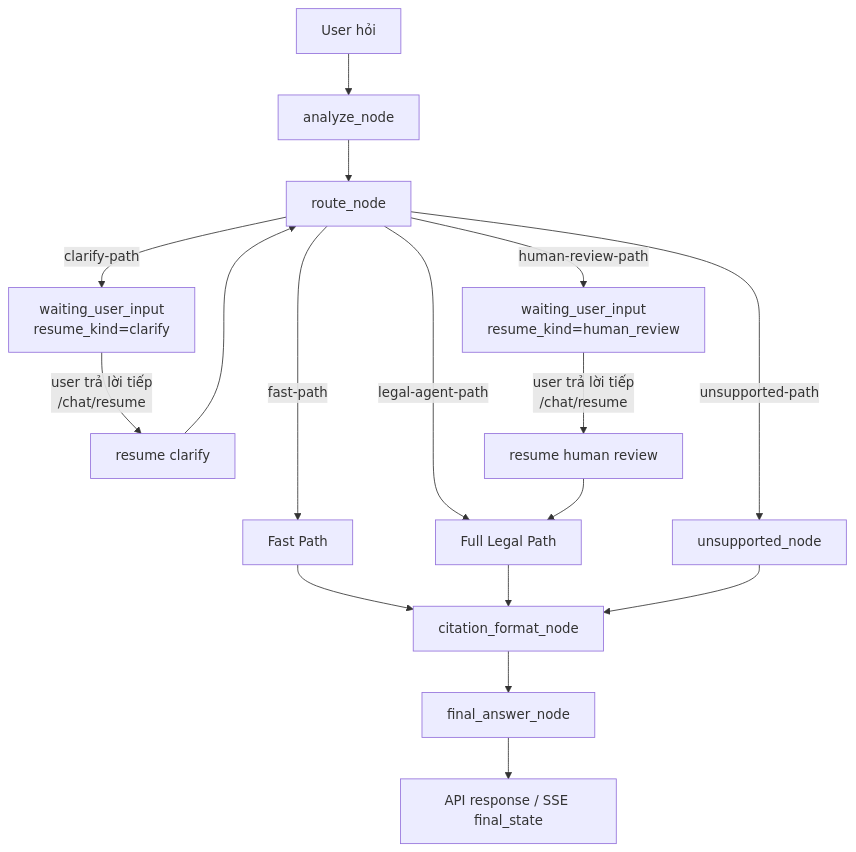
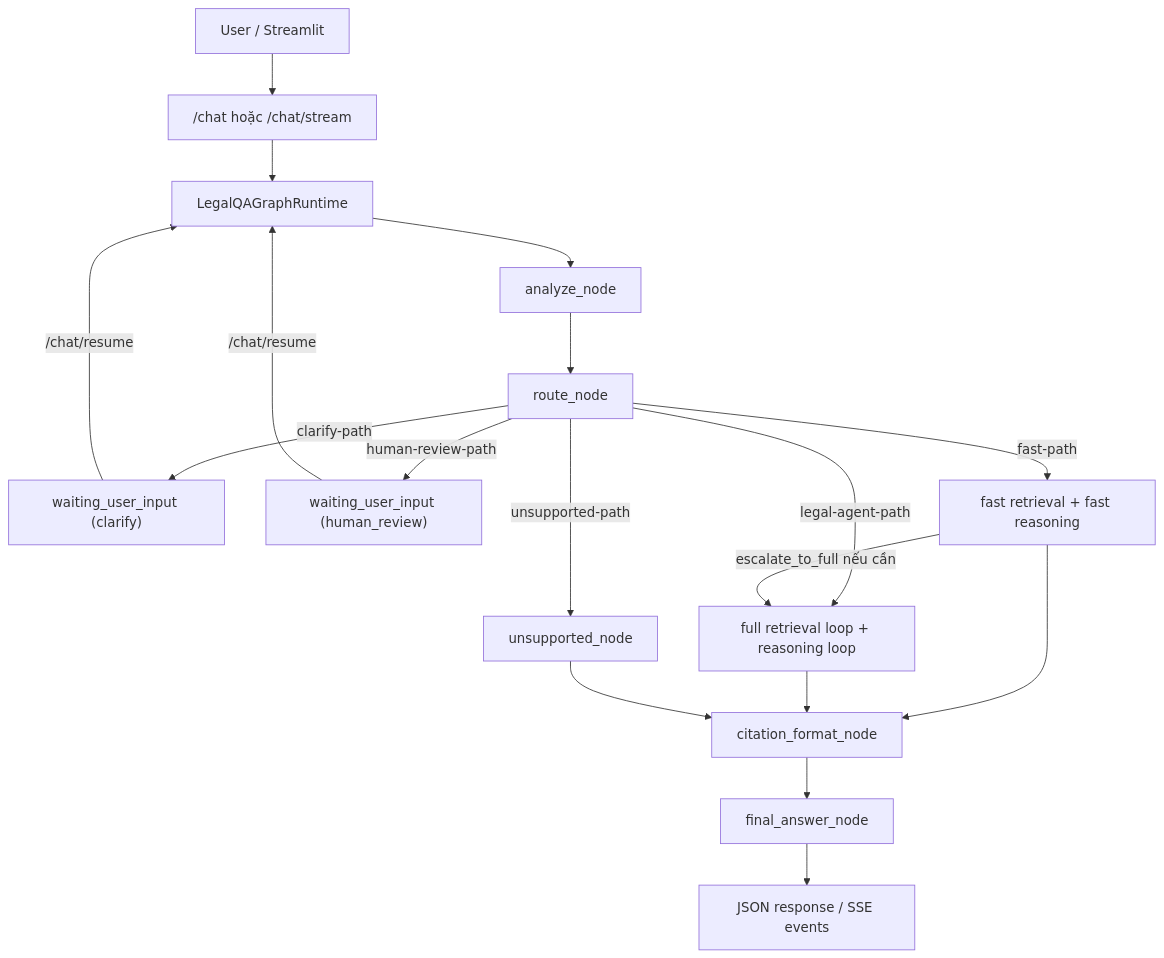
The diagram in README.md (Duonghbtt/chatbot-phap-luat-rag), drawn with Mermaid before and after one commit. The commit also changed other lines of this file, not shown here.

````diff
--- a/README.md
+++ b/README.md
@@ -44,23 +33,23 @@
 ```mermaid
 flowchart TD
-    A["User hỏi"] --> B["analyze_node"]
-    B --> C["route_node"]
+    A["User / Streamlit"] --> B["/chat hoặc /chat/stream"]
+    B --> C["LegalQAGraphRuntime"]
+    C --> D["analyze_node"]
+    D --> E["route_node"]
 
-    C -->|"clarify-path"| D["waiting_user_input<br/>resume_kind=clarify"]
-    C -->|"human-review-path"| E["waiting_user_input<br/>resume_kind=human_review"]
-    C -->|"unsupported-path"| F["unsupported_node"]
-    C -->|"fast-path"| G["Fast Path"]
-    C -->|"legal-agent-path"| H["Full Legal Path"]
+    E -->|"clarify-path"| F["waiting_user_input (clarify)"]
+    E -->|"human-review-path"| G["waiting_user_input (human_review)"]
+    E -->|"unsupported-path"| H["unsupported_node"]
+    E -->|"fast-path"| I["fast retrieval + fast reasoning"]
+    E -->|"legal-agent-path"| J["full retrieval loop + reasoning loop"]
 
-    D -->|"user trả lời tiếp<br/>/chat/resume"| I["resume clarify"]
-    E -->|"user trả lời tiếp<br/>/chat/resume"| J["resume human review"]
+    F -->|"/chat/resume"| C
+    G -->|"/chat/resume"| C
 
-    I --> C
-    J --> H
-
-    G --> K["citation_format_node"]
+    I -->|"escalate_to_full nếu cần"| J
+    I --> K["citation_format_node"]
+    J --> K
     H --> K
-    F --> K
     K --> L["final_answer_node"]
-    L --> M["API response / SSE final_state"]
+    L --> M["JSON response / SSE events"]
 ```
````
